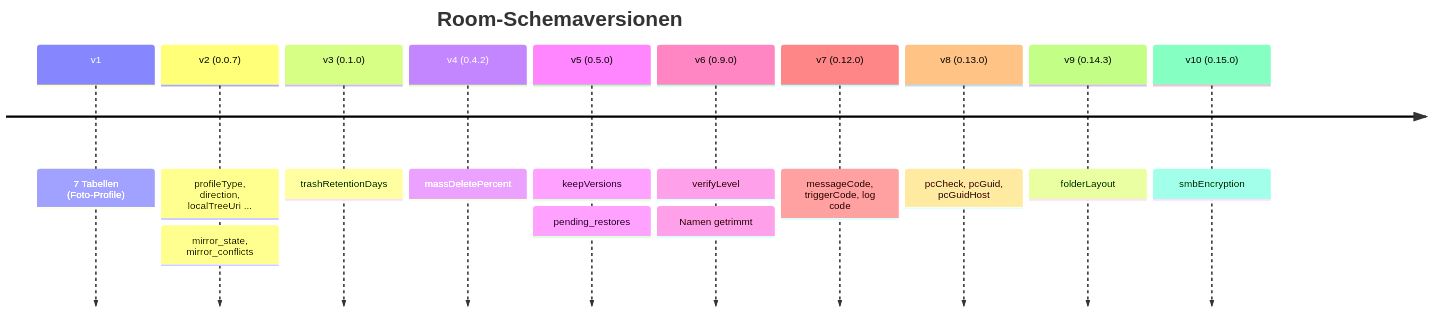
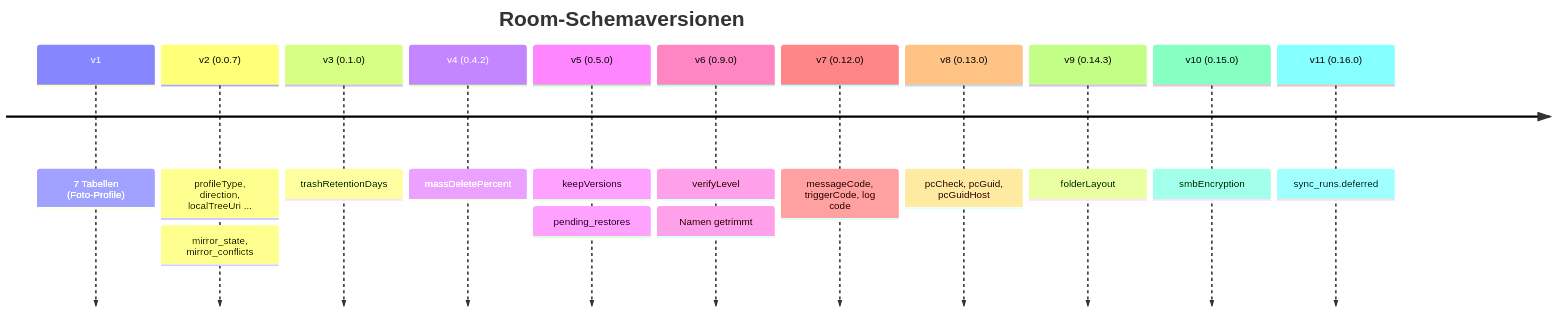
Before and after one commit to Apop85/Sync2PC: the sixth of 6 diagrams in docs/DATA-MODEL.md, drawn with Mermaid. The commit also changed other lines of this file and 95 other files, not shown here.

````diff
--- a/docs/DATA-MODEL.md
+++ b/docs/DATA-MODEL.md
@@ -761,14 +765,15 @@
 ```mermaid
 timeline
     title Room-Schemaversionen
     v1 : 7 Tabellen (Foto-Profile)
     v2 (0.0.7) : profileType, direction, localTreeUri ... : mirror_state, mirror_conflicts
     v3 (0.1.0) : trashRetentionDays
     v4 (0.4.2) : massDeletePercent
     v5 (0.5.0) : keepVersions : pending_restores
     v6 (0.9.0) : verifyLevel : Namen getrimmt
     v7 (0.12.0) : messageCode, triggerCode, log code
     v8 (0.13.0) : pcCheck, pcGuid, pcGuidHost
     v9 (0.14.3) : folderLayout
     v10 (0.15.0) : smbEncryption
+    v11 (0.16.0) : sync_runs.deferred
 ```
````
